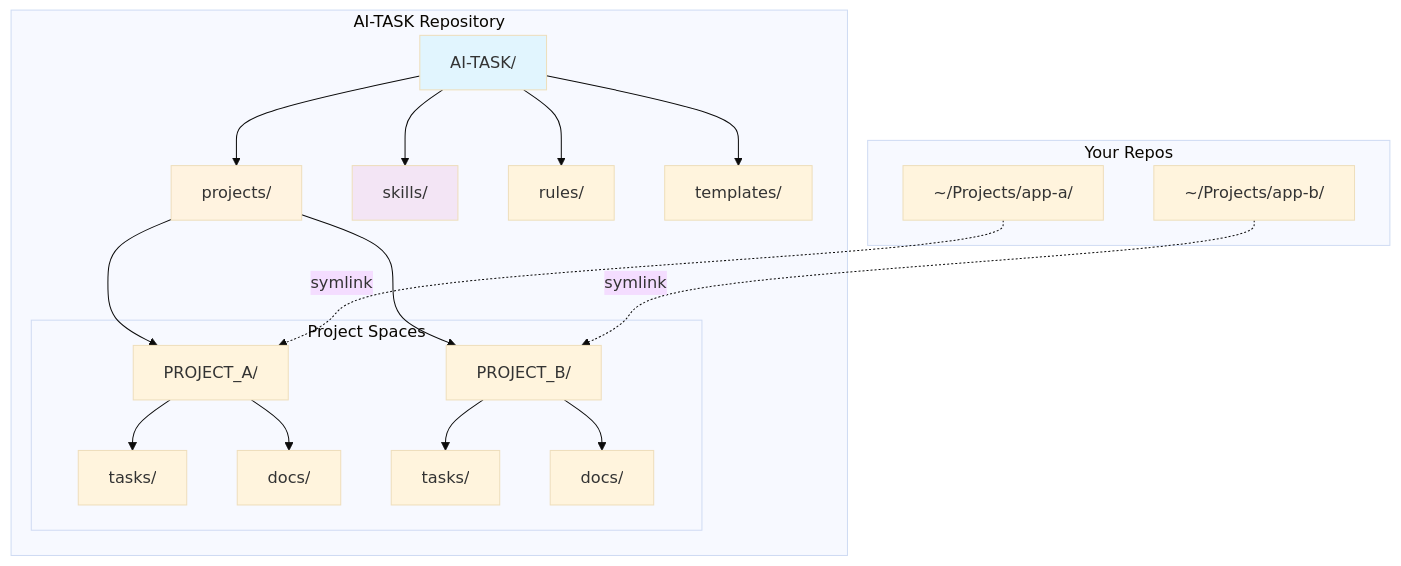
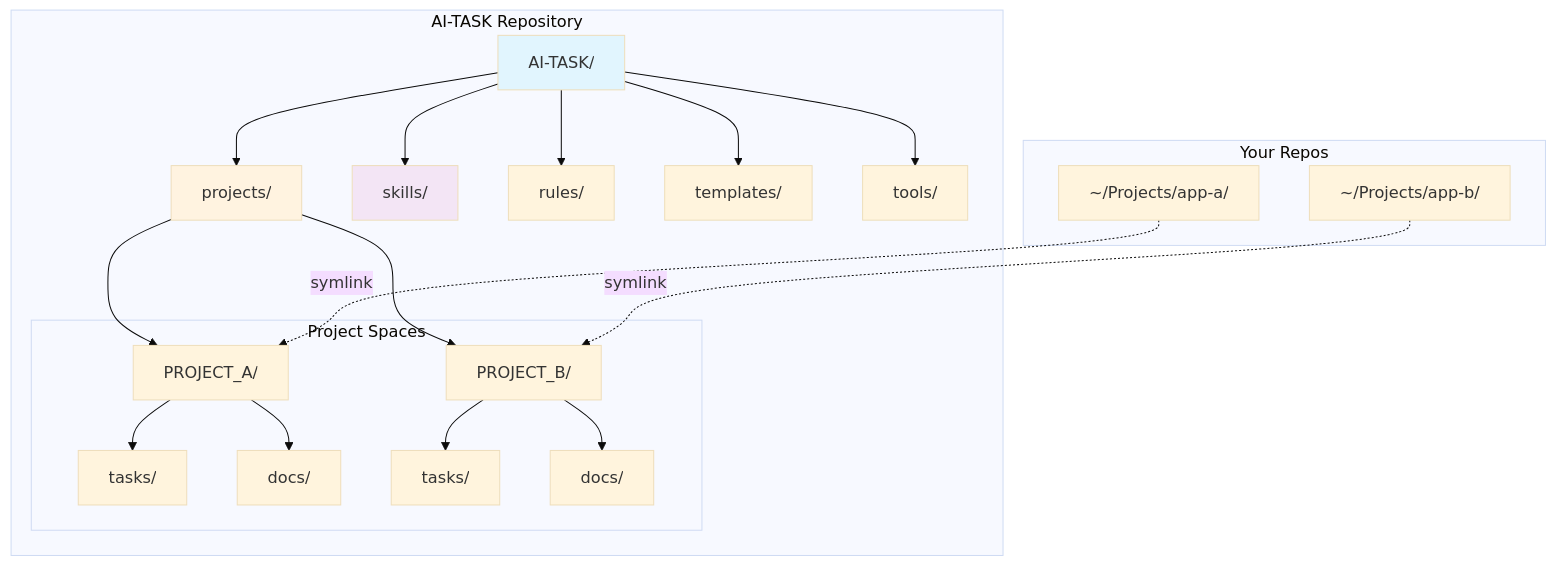
One commit to ArnoFrost/AI-TASK changed the second of 2 diagrams in README_EN.md. Above: the diagram before and after it, drawn with Mermaid (base theme). The commit also changed other lines of this file and 3 other files, not shown here.

````diff
--- a/README_EN.md
+++ b/README_EN.md
@@ -168,39 +168,41 @@
 ```mermaid
 graph TB
     subgraph "AI-TASK Repository"
         AITASK[AI-TASK/]
         PROJECTS[projects/]
         SKILLS[skills/]
         RULES[rules/]
         TEMPLATES[templates/]
+        TOOLS[tools/]
 
         AITASK --> PROJECTS
         AITASK --> SKILLS
         AITASK --> RULES
         AITASK --> TEMPLATES
+        AITASK --> TOOLS
 
         subgraph "Project Spaces"
             P1[PROJECT_A/]
             P2[PROJECT_B/]
             P1 --> P1T[tasks/]
             P1 --> P1D[docs/]
             P2 --> P2T[tasks/]
             P2 --> P2D[docs/]
         end
 
         PROJECTS --> P1
         PROJECTS --> P2
     end
 
     subgraph "Your Repos"
         EXT1[~/Projects/app-a/]
         EXT2[~/Projects/app-b/]
 
         EXT1 -.->|symlink| P1
         EXT2 -.->|symlink| P2
     end
 
     style AITASK fill:#e1f5fe
     style PROJECTS fill:#fff3e0
     style SKILLS fill:#f3e5f5
 ```
````
